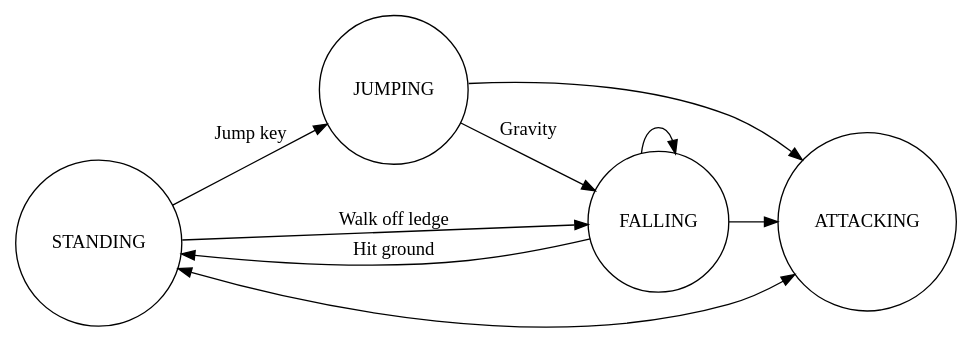
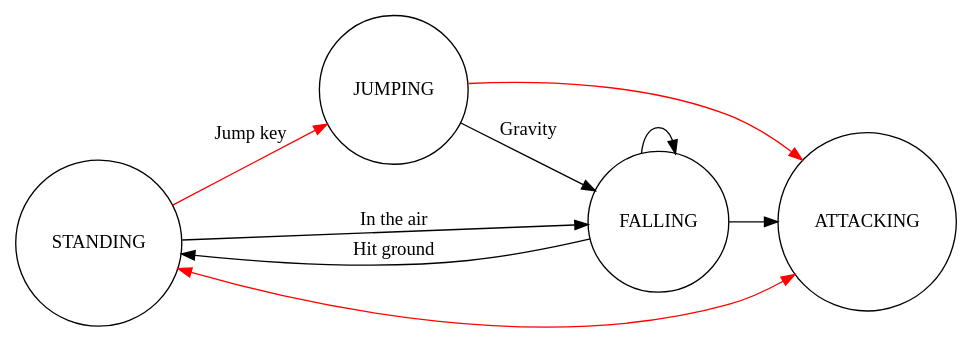
Before and after one commit to dirak/videos: the diagram in statemachine/graphics/bad_fsm.gv, drawn with Graphviz. The commit also changed 22 other files, not shown here.

Commit message:
graphics changes

```diff
--- a/statemachine/graphics/bad_fsm.gv
+++ b/statemachine/graphics/bad_fsm.gv
@@ -1,17 +1,17 @@
 digraph finite_state_machine {
 		rankdir=LR;
 		splines=true
 		overlap=scalexy;
     node [shape = circle label = "STANDING" ]; S
 		node [shape = circle label = "FALLING"  ]; F
 		node [shape = circle label = "JUMPING"  ]; J
 		node [shape = circle label = "ATTACKING"  ]; A
-		S -> J [ label = "Jump key" ]
-		S -> F [ label = "Walk off ledge" ]
+		S -> J [ label = "Jump key" color="red"]
+		S -> F [ label = "In the air" ]
 		F -> S [ label = "Hit ground" ]
 		J -> F [ label = "Gravity" ]
 		F -> F
-		S -> A [ dir = "both" ]
+		S -> A [ dir = "both" color="red"]
 		F -> A
-		J -> A 
+		J -> A [ color="red"] 
 }
```
